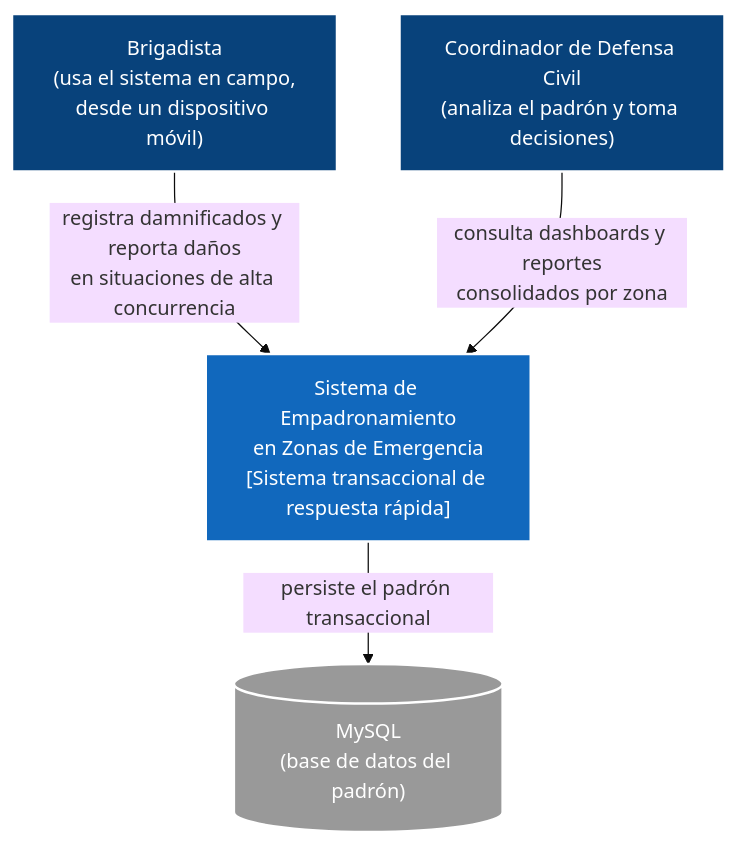
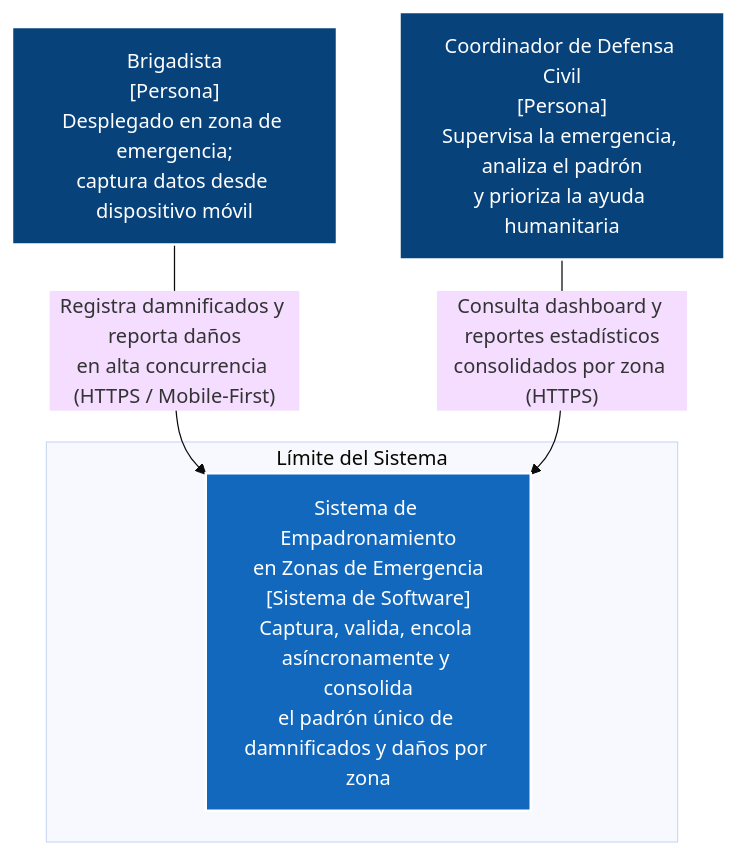
One commit to gabrielquispe27-ops/Sistema-Empadronamiento_arquiSoft_Quispe-02 changed the diagram in img/fuentes-mermaid/nivel1-contexto.mmd. Above: the diagram before and after it, drawn with Mermaid (base theme). The commit also changed 31 other files, not shown here.

First line of the commit message:
docs(arquitectura): optimización C4, integración de Redis y diagramas actualizados

```diff
--- a/img/fuentes-mermaid/nivel1-contexto.mmd
+++ b/img/fuentes-mermaid/nivel1-contexto.mmd
@@ -1,15 +1,13 @@
 flowchart TD
     classDef person fill:#08427b,stroke:#fff,stroke-width:2px,color:#fff
     classDef system fill:#1168bd,stroke:#fff,stroke-width:2px,color:#fff
-    classDef ext fill:#999999,stroke:#fff,stroke-width:2px,color:#fff
 
-    Brigadista["Brigadista\n(usa el sistema en campo,\ndesde un dispositivo móvil)"]:::person
-    Coordinador["Coordinador de Defensa Civil\n(analiza el padrón y toma decisiones)"]:::person
+    Brigadista["Brigadista\n[Persona]\nDesplegado en zona de emergencia;\ncaptura datos desde dispositivo móvil"]:::person
+    Coordinador["Coordinador de Defensa Civil\n[Persona]\nSupervisa la emergencia, analiza el padrón\ny prioriza la ayuda humanitaria"]:::person
 
-    Sistema["Sistema de Empadronamiento\nen Zonas de Emergencia\n[Sistema transaccional de respuesta rápida]"]:::system
+    subgraph BOUNDARY ["Límite del Sistema"]
+        Sistema["Sistema de Empadronamiento\nen Zonas de Emergencia\n[Sistema de Software]\nCaptura, valida, encola asíncronamente y consolida\nel padrón único de damnificados y daños por zona"]:::system
+    end
 
-    MySQL[("MySQL\n(base de datos del padrón)")]:::ext
-
-    Brigadista -- "registra damnificados y reporta daños\nen situaciones de alta concurrencia" --> Sistema
-    Coordinador -- "consulta dashboards y reportes\nconsolidados por zona" --> Sistema
-    Sistema -- "persiste el padrón transaccional" --> MySQL
+    Brigadista -- "Registra damnificados y reporta daños\nen alta concurrencia (HTTPS / Mobile-First)" --> Sistema
+    Coordinador -- "Consulta dashboard y reportes estadísticos\nconsolidados por zona (HTTPS)" --> Sistema
```
